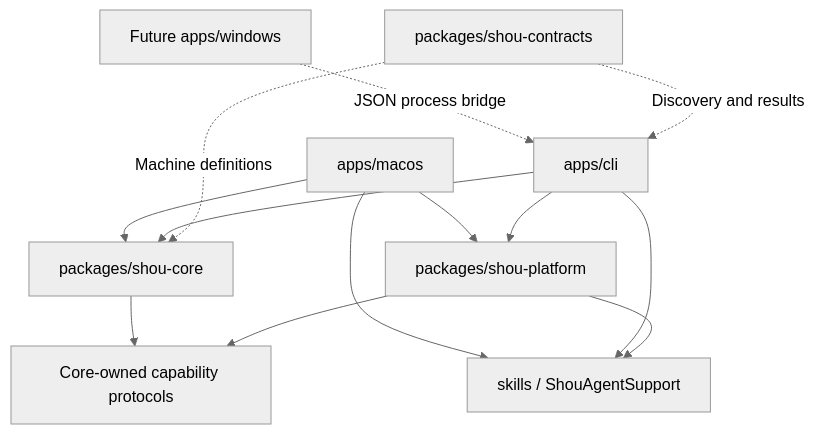
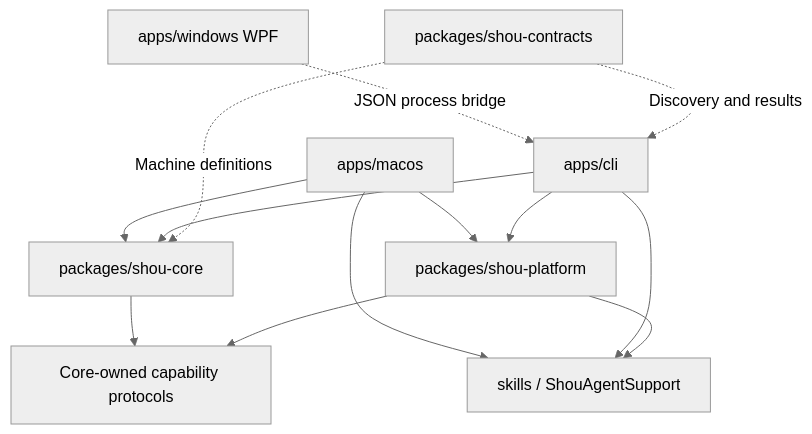
The diagram in docs/architecture/monorepo-and-platforms.md (limecloud/shou), drawn with Mermaid (neutral theme) before and after one commit. The commit also changed other lines of this file and 87 other files, not shown here.

````diff
--- a/docs/architecture/monorepo-and-platforms.md
+++ b/docs/architecture/monorepo-and-platforms.md
@@ -41,15 +41,15 @@
 ```mermaid
 flowchart TB
     Mac[apps/macos] --> Core[packages/shou-core]
     Mac --> Platform[packages/shou-platform]
     CLI[apps/cli] --> Core
     CLI --> Platform
     Mac --> AgentSupport[skills / ShouAgentSupport]
     CLI --> AgentSupport
     Platform --> AgentSupport
-    Windows[Future apps/windows] -.JSON process bridge.-> CLI
+    Windows[apps/windows WPF] -.JSON process bridge.-> CLI
     Core --> Protocols[Core-owned capability protocols]
     Platform --> Protocols
     Contracts[packages/shou-contracts] -.Machine definitions.-> Core
     Contracts -.Discovery and results.-> CLI
 ```
````
